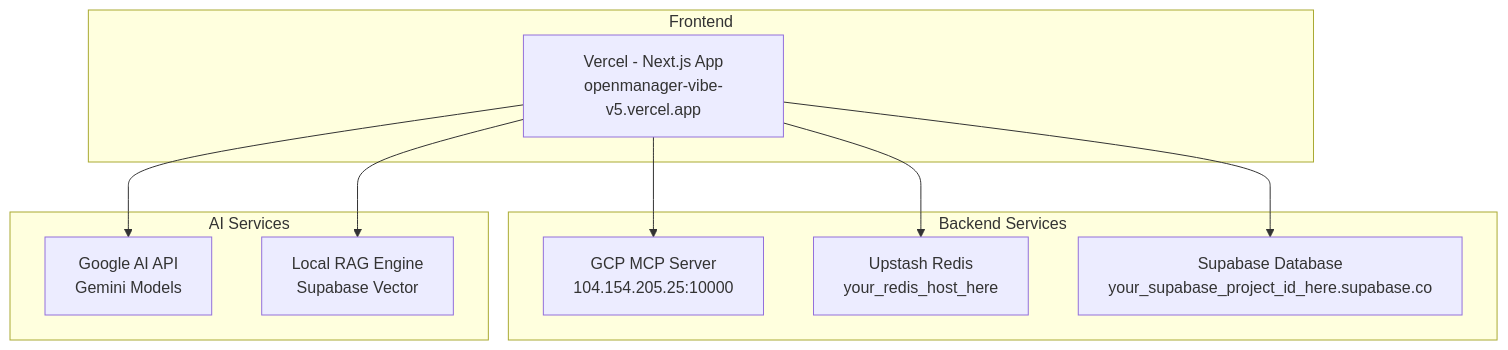
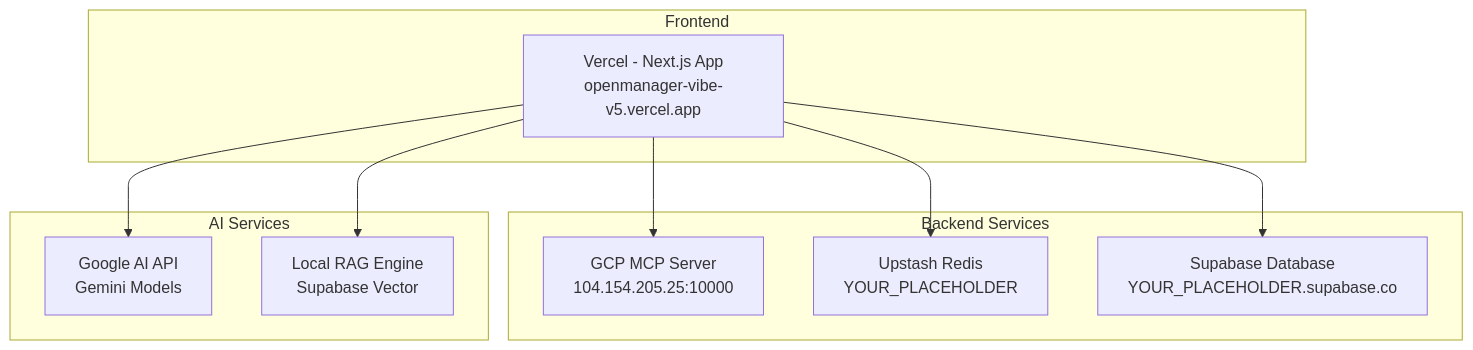
One commit to skyasu2/openmanager-vibe-v5 changed the diagram in docs/system-status-monitoring-guide.md. Above: the diagram before and after it, drawn with Mermaid. The commit also changed other lines of this file and 78 other files, not shown here.

````diff
--- a/docs/system-status-monitoring-guide.md
+++ b/docs/system-status-monitoring-guide.md
@@ -13,23 +13,23 @@
 ```mermaid
 graph TB
     subgraph "Frontend"
         A[Vercel - Next.js App<br/>openmanager-vibe-v5.vercel.app]
     end
     
     subgraph "Backend Services"
         B[GCP MCP Server<br/>104.154.205.25:10000]
-        C[Upstash Redis<br/>your_redis_host_here]
-        D[Supabase Database<br/>your_supabase_project_id_here.supabase.co]
+        C[Upstash Redis<br/>YOUR_PLACEHOLDER]
+        D[Supabase Database<br/>YOUR_PLACEHOLDER.supabase.co]
     end
     
     subgraph "AI Services"
         E[Google AI API<br/>Gemini Models]
         F[Local RAG Engine<br/>Supabase Vector]
     end
     
     A --> B
     A --> C
     A --> D
     A --> E
     A --> F
 ```
````
